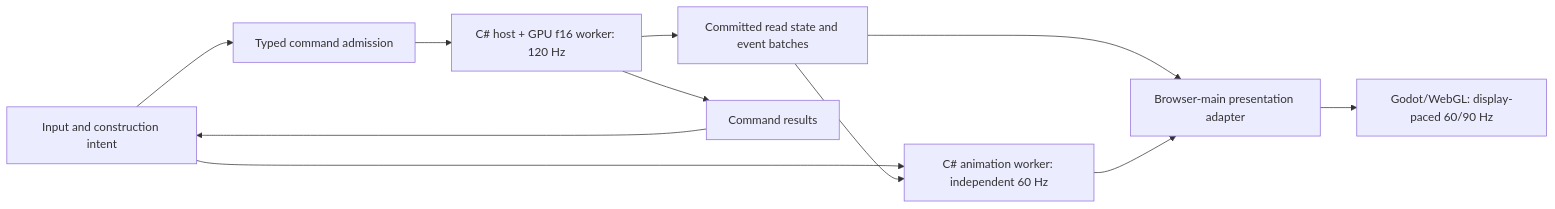
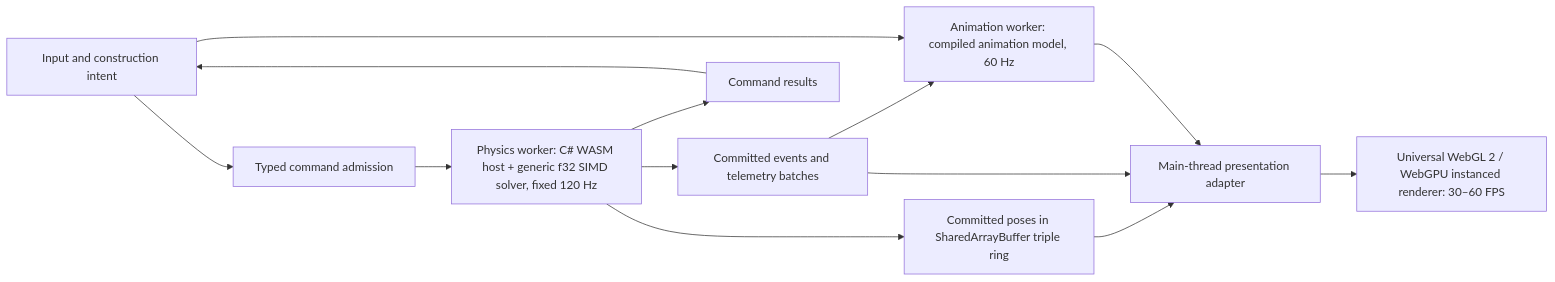
The diagram in docs/simulation-presentation-bridge.md (aidanmorgan/tim), drawn with Mermaid before and after one commit. The commit also changed other lines of this file and 2521 other files, not shown here.

````diff
--- a/docs/simulation-presentation-bridge.md
+++ b/docs/simulation-presentation-bridge.md
@@ -19,13 +13,15 @@
 ```mermaid
 flowchart LR
     I[Input and construction intent] --> C[Typed command admission]
-    C --> S["C# host + GPU f16 worker: 120 Hz"]
-    S --> R[Committed read state and event batches]
+    C --> S["Physics worker: C# WASM host + generic f32 SIMD solver, fixed 120 Hz"]
+    S --> R[Committed poses in SharedArrayBuffer triple ring]
+    S --> E[Committed events and telemetry batches]
     S --> A[Command results]
     A --> I
-    R --> P[Browser-main presentation adapter]
-    I --> N["C# animation worker: independent 60 Hz"]
-    R --> N
+    E --> N["Animation worker: compiled animation model, 60 Hz"]
+    R --> P[Main-thread presentation adapter]
+    E --> P
+    I --> N
     N --> P
-    P --> G["Godot/WebGL: display-paced 60/90 Hz"]
+    P --> G["Universal WebGL 2 / WebGPU instanced renderer: 30–60 FPS"]
 ```
````
